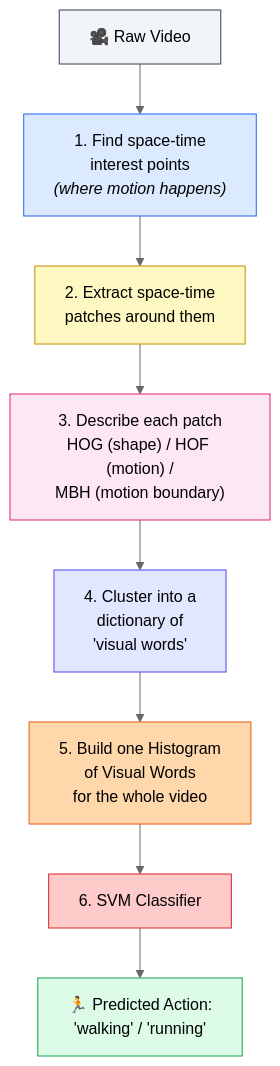
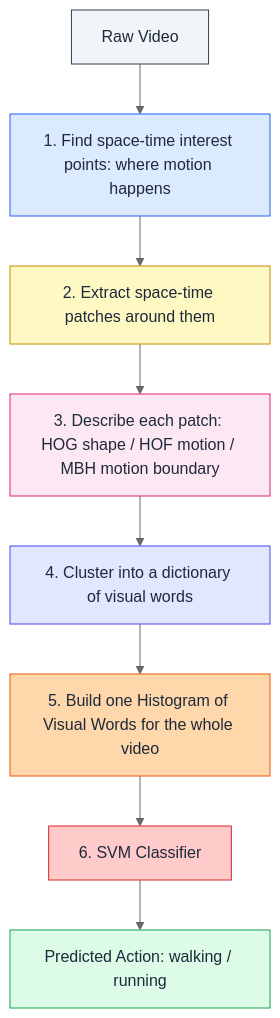
One commit to rpaut03l/TS-02-03 changed the eighth of 10 diagrams in CV-NLP/Lec_01_Introduction/README.md. Above: the diagram before and after it, drawn with Mermaid (neutral theme). The commit also changed other lines of this file and 4 other files, not shown here.

Commit message:
Fix ASCII diagram width (max 63 chars, no more wrapping) and Mermaid dark-mode contrast

````diff
--- a/CV-NLP/Lec_01_Introduction/README.md
+++ b/CV-NLP/Lec_01_Introduction/README.md
@@ -129,19 +150,19 @@
 ```mermaid
 flowchart TD
-    A["🎥 Raw Video"] --> B["1. Find space-time<br/>interest points<br/><i>(where motion happens)</i>"]
-    B --> C["2. Extract space-time<br/>patches around them"]
-    C --> D["3. Describe each patch<br/>HOG (shape) / HOF (motion) /<br/>MBH (motion boundary)"]
-    D --> E["4. Cluster into a<br/>dictionary of<br/>'visual words'"]
-    E --> F["5. Build one Histogram<br/>of Visual Words<br/>for the whole video"]
-    F --> G["6. SVM Classifier"]
-    G --> H["🏃 Predicted Action:<br/>'walking' / 'running'"]
+    A[Raw Video] --> B[1. Find space-time interest points: where motion happens]
+    B --> C[2. Extract space-time patches around them]
+    C --> D[3. Describe each patch: HOG shape / HOF motion / MBH motion boundary]
+    D --> E[4. Cluster into a dictionary of visual words]
+    E --> F[5. Build one Histogram of Visual Words for the whole video]
+    F --> G[6. SVM Classifier]
+    G --> H[Predicted Action: walking / running]
 
-    style A fill:#f1f5f9,stroke:#334155
-    style B fill:#dbeafe,stroke:#2563eb
-    style C fill:#fef9c3,stroke:#ca8a04
-    style D fill:#fce7f3,stroke:#db2777
-    style E fill:#e0e7ff,stroke:#4f46e5
-    style F fill:#fed7aa,stroke:#ea580c
-    style G fill:#fecaca,stroke:#dc2626
-    style H fill:#dcfce7,stroke:#16a34a
+    style A fill:#f1f5f9,stroke:#334155,color:#1e293b
+    style B fill:#dbeafe,stroke:#2563eb,color:#1e293b
+    style C fill:#fef9c3,stroke:#ca8a04,color:#1e293b
+    style D fill:#fce7f3,stroke:#db2777,color:#1e293b
+    style E fill:#e0e7ff,stroke:#4f46e5,color:#1e293b
+    style F fill:#fed7aa,stroke:#ea580c,color:#1e293b
+    style G fill:#fecaca,stroke:#dc2626,color:#1e293b
+    style H fill:#dcfce7,stroke:#16a34a,color:#1e293b
 ```
````
